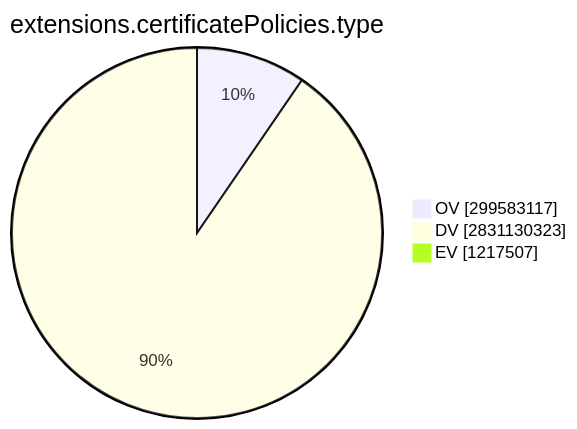
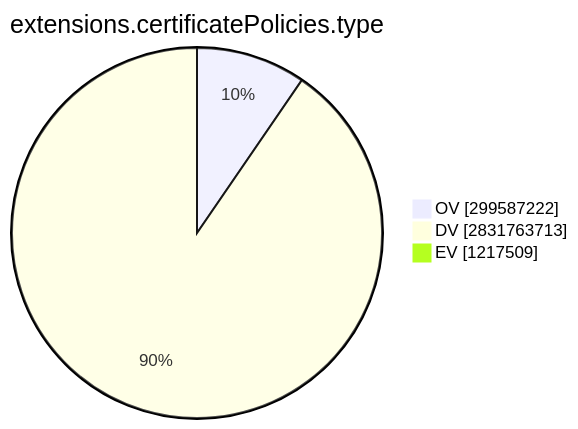
Before and after one commit to christiankrug/ctmonitor_visualization: the ninth of 15 diagrams in TOTAL/README.md, drawn with Mermaid. The commit also changed other lines of this file, not shown here.

````diff
--- a/TOTAL/README.md
+++ b/TOTAL/README.md
@@ -3101,7 +3101,7 @@
 ```mermaid
 pie showData
 title extensions.certificatePolicies.type
-"OV" :299583117
-"DV" :2831130323
-"EV" :1217507
+"OV" :299587222
+"DV" :2831763713
+"EV" :1217509
 ```
````
